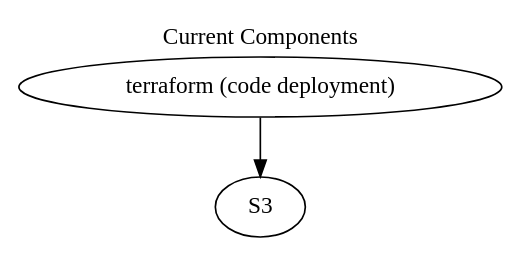
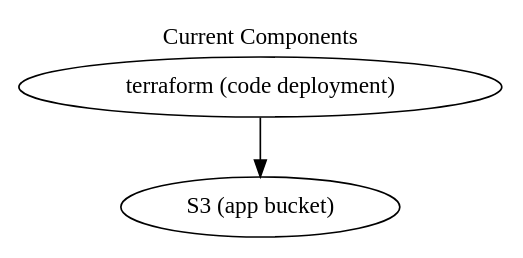
One commit to code-for-nashville/inclucivics changed the diagram in docs/architecture.dot. Above: the diagram before and after it, drawn with Graphviz.

Commit message:
update graph (testing git hook)

```diff
--- a/docs/architecture.dot
+++ b/docs/architecture.dot
@@ -1,5 +1,5 @@
 digraph {
   label="Current Components"
-  labelloc=top 
-  "terraform (code deployment)" -> S3
+  labelloc=top
+  "terraform (code deployment)" -> "S3 (app bucket)"
 }
```
